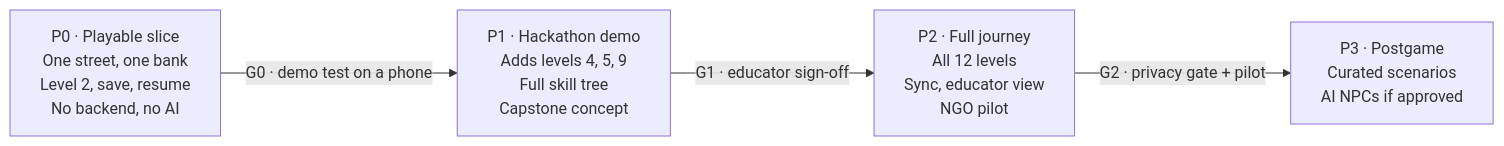
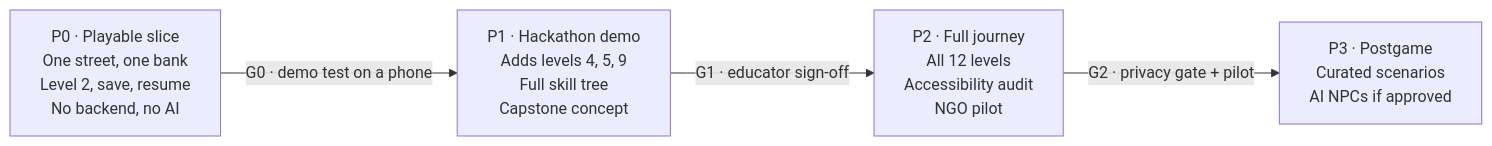
Before and after one commit to Megathon-Gs/life-of-rupee: the second of 2 diagrams in docs/technical-implementation-plan.md, drawn with Mermaid. The commit also changed other lines of this file and 13 other files, not shown here.

First line of the commit message:
docs(scope): drop sync, educator view and consent flow from P2 (#157)

````diff
--- a/docs/technical-implementation-plan.md
+++ b/docs/technical-implementation-plan.md
@@ -333,10 +324,10 @@
 ```mermaid
 flowchart LR
   P0["P0 · Playable slice<br/>One street, one bank<br/>Level 2, save, resume<br/>No backend, no AI"]
   P1["P1 · Hackathon demo<br/>Adds levels 4, 5, 9<br/>Full skill tree<br/>Capstone concept"]
-  P2["P2 · Full journey<br/>All 12 levels<br/>Sync, educator view<br/>NGO pilot"]
+  P2["P2 · Full journey<br/>All 12 levels<br/>Accessibility audit<br/>NGO pilot"]
   P3["P3 · Postgame<br/>Curated scenarios<br/>AI NPCs if approved"]
   P0 -->|"G0 · demo test on a phone"| P1
   P1 -->|"G1 · educator sign-off"| P2
   P2 -->|"G2 · privacy gate + pilot"| P3
 ```
````
